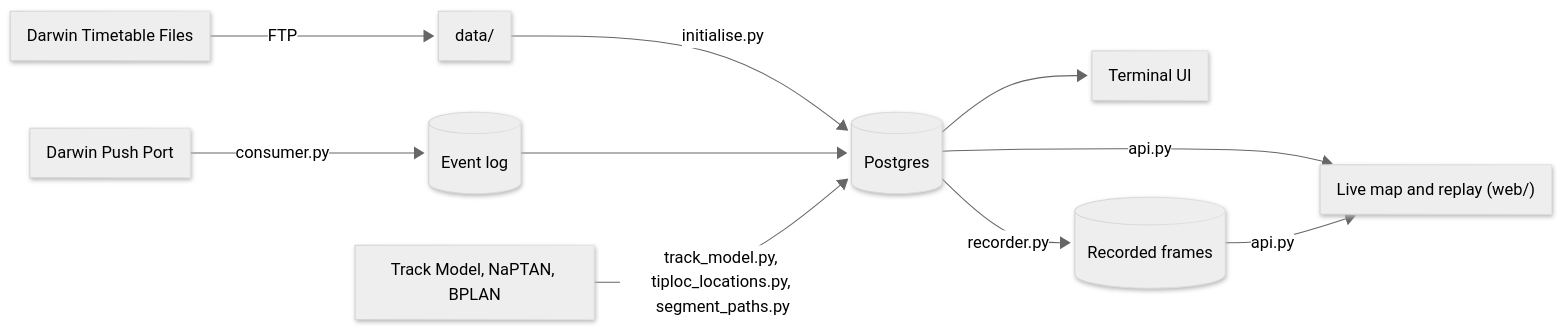
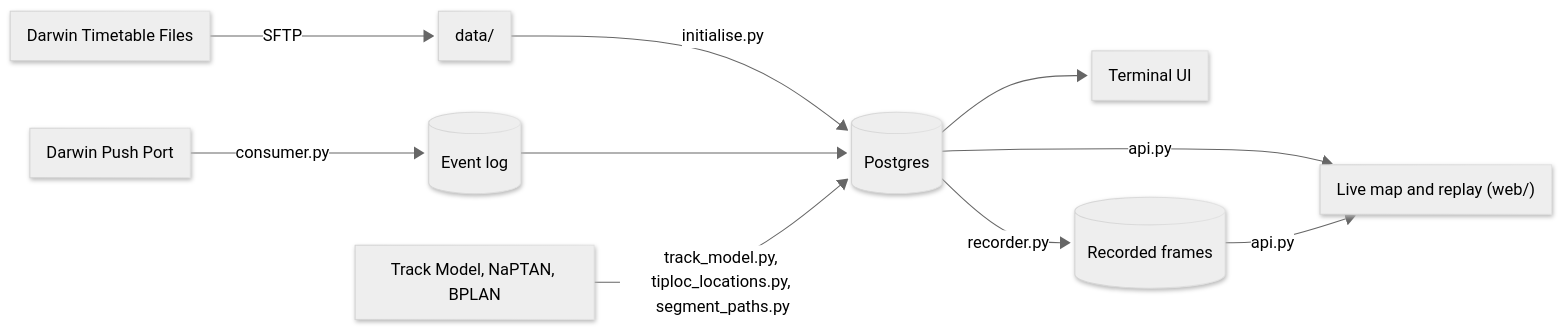
One commit to james-uea/TrainTrack changed the diagram in README.md. Above: the diagram before and after it, drawn with Mermaid. The commit also changed other lines of this file and 8 other files, not shown here.

````diff
--- a/README.md
+++ b/README.md
@@ -7,21 +7,21 @@
 ```mermaid
 ---
 config:
   layout: fixed
   theme: neutral
   look: neo
   fontFamily: '''Source Code Pro Variable'', monospace'
   themeVariables:
     fontFamily: '''Source Code Pro Variable'', monospace'
 ---
 flowchart LR
-    TT["Darwin Timetable Files"] -- FTP --> DATA["data/"]
+    TT["Darwin Timetable Files"] -- SFTP --> DATA["data/"]
     DATA -- "initialise.py" --> DB[("Postgres")]
     PP["Darwin Push Port"] -- "consumer.py" --> EV[("Event log")]
     EV --> DB
     TM["Track Model, NaPTAN, BPLAN"] -- "track_model.py, tiploc_locations.py, segment_paths.py" --> DB
     DB --> TUI["Terminal UI"]
     DB -- "recorder.py" --> FR[("Recorded frames")]
     DB -- "api.py" --> MAP["Live map and replay (web/)"]
     FR -- "api.py" --> MAP
 ```
````
